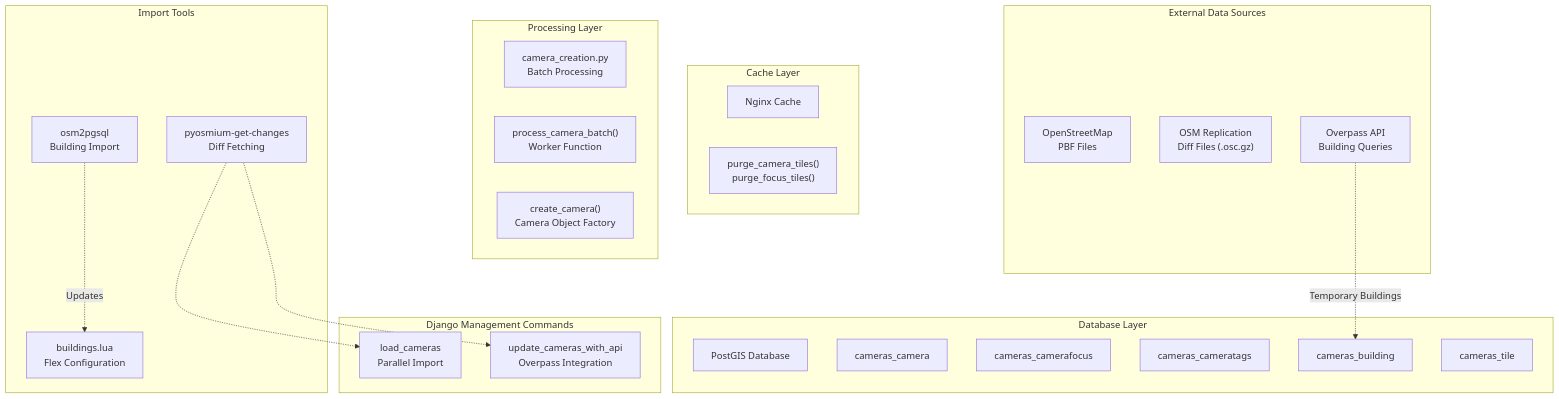
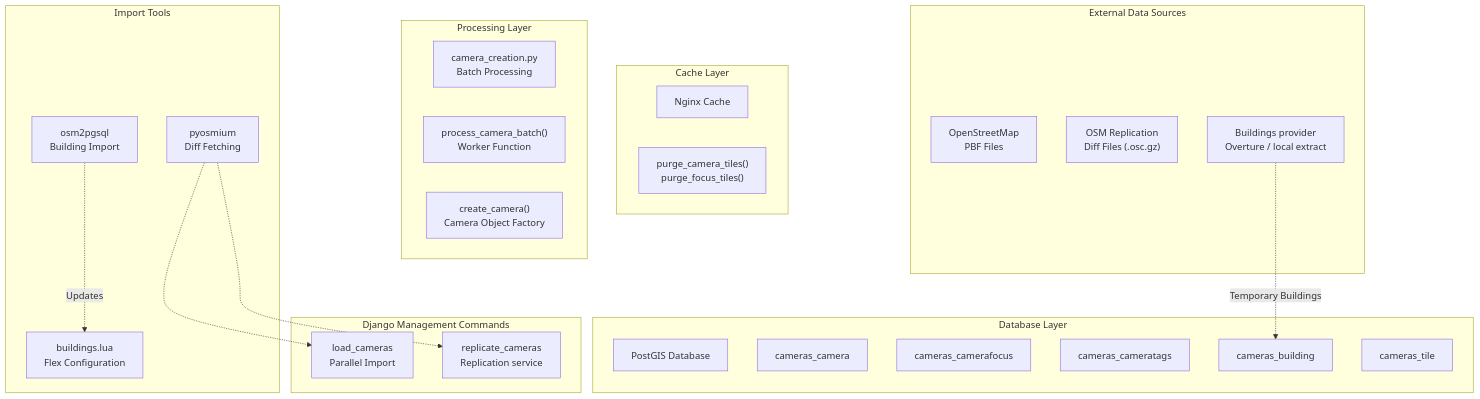
The first of 2 diagrams in docs/technical/architecture/installation-data-import/index.md (babastienne/PanoptiCity), drawn with Mermaid before and after one commit. The commit also changed other lines of this file and 27 other files, not shown here.

First line of the commit message:
[✨ Feature] Replace Overpass camera updates with a replication service

````diff
--- a/docs/technical/architecture/installation-data-import/index.md
+++ b/docs/technical/architecture/installation-data-import/index.md
@@ -61,65 +44,65 @@
 ```mermaid
 flowchart TD
 
 OSM_PBF["OpenStreetMap<br>PBF Files"]
 OSM_DIFF["OSM Replication<br>Diff Files (.osc.gz)"]
-Overpass["Overpass API<br>Building Queries"]
-pyosmium["pyosmium-get-changes<br>Diff Fetching"]
+Provider["Buildings provider<br>Overture / local extract"]
+pyosmium["pyosmium<br>Diff Fetching"]
 osm2pgsql["osm2pgsql<br>Building Import"]
 buildings_lua["buildings.lua<br>Flex Configuration"]
 load_cameras["load_cameras<br>Parallel Import"]
-update_api["update_cameras_with_api<br>Overpass Integration"]
+update_api["replicate_cameras<br>Replication service"]
 camera_creation["camera_creation.py<br>Batch Processing"]
 process_batch["process_camera_batch()<br>Worker Function"]
 create_camera["create_camera()<br>Camera Object Factory"]
 PostGIS["PostGIS Database"]
 camera_table["cameras_camera"]
 focus_table["cameras_camerafocus"]
 tags_table["cameras_cameratags"]
 building_table["cameras_building"]
 tile_table["cameras_tile"]
 nginx_cache["Nginx Cache"]
 purge_utils["purge_camera_tiles()<br>purge_focus_tiles()"]
 
 pyosmium -.-> load_cameras
 pyosmium -.-> update_api
-Overpass -.->|"Temporary Buildings"| building_table
+Provider -.->|"Temporary Buildings"| building_table
 
 subgraph subGraph5 ["Cache Layer"]
     nginx_cache
     purge_utils
 end
 
 subgraph subGraph4 ["Database Layer"]
     PostGIS
     camera_table
     focus_table
     tags_table
     building_table
     tile_table
 end
 
 subgraph subGraph3 ["Processing Layer"]
     camera_creation
     process_batch
     create_camera
 end
 
 subgraph subGraph2 ["Django Management Commands"]
     load_cameras
     update_api
 end
 
 subgraph subGraph1 ["Import Tools"]
     pyosmium
     osm2pgsql
     buildings_lua
     osm2pgsql -.->|"Updates"| buildings_lua
 end
 
 subgraph subGraph0 ["External Data Sources"]
     OSM_PBF
     OSM_DIFF
-    Overpass
+    Provider
 end
 ```
````
